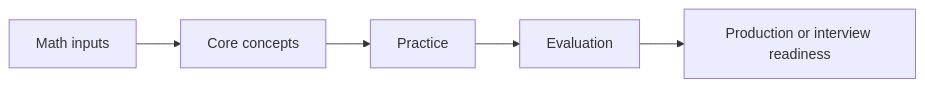
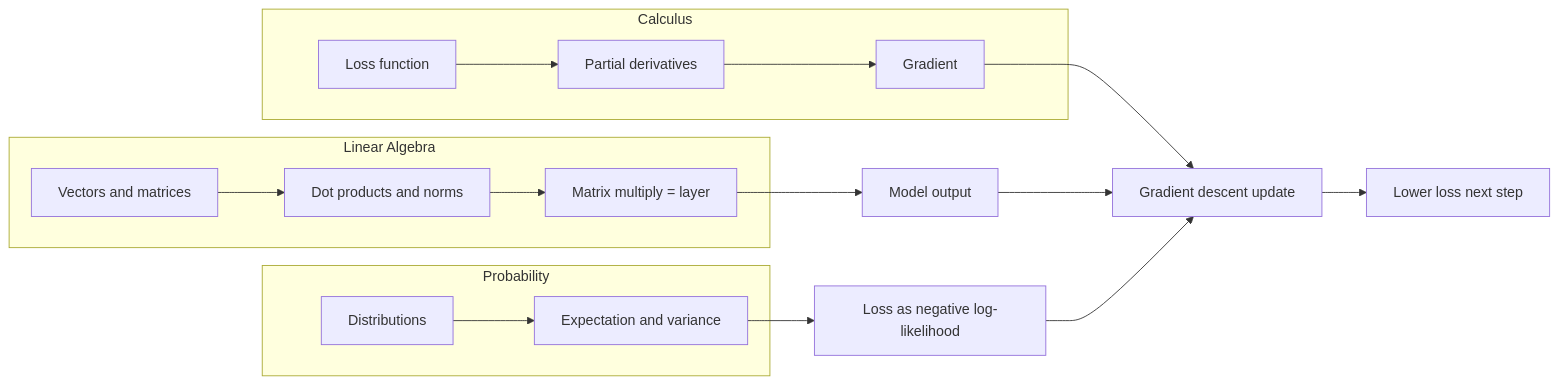
One commit to Icon1cc/Machine-Learning changed the diagram in diagrams/02-math.mmd. Above: the diagram before and after it, drawn with Mermaid. The commit also changed 118 other files, not shown here.

```diff
--- a/diagrams/02-math.mmd
+++ b/diagrams/02-math.mmd
@@ -1,5 +1,18 @@
 flowchart LR
-    A[Math inputs] --> B[Core concepts]
-    B --> C[Practice]
-    C --> D[Evaluation]
-    D --> E[Production or interview readiness]
+    subgraph Linear Algebra
+        A[Vectors and matrices] --> B[Dot products and norms]
+        B --> C[Matrix multiply = layer]
+    end
+    subgraph Calculus
+        D[Loss function] --> E[Partial derivatives]
+        E --> F[Gradient]
+    end
+    subgraph Probability
+        G[Distributions] --> H[Expectation and variance]
+    end
+    C --> I[Model output]
+    F --> J[Gradient descent update]
+    H --> K[Loss as negative log-likelihood]
+    I --> J
+    K --> J
+    J --> L[Lower loss next step]
```
